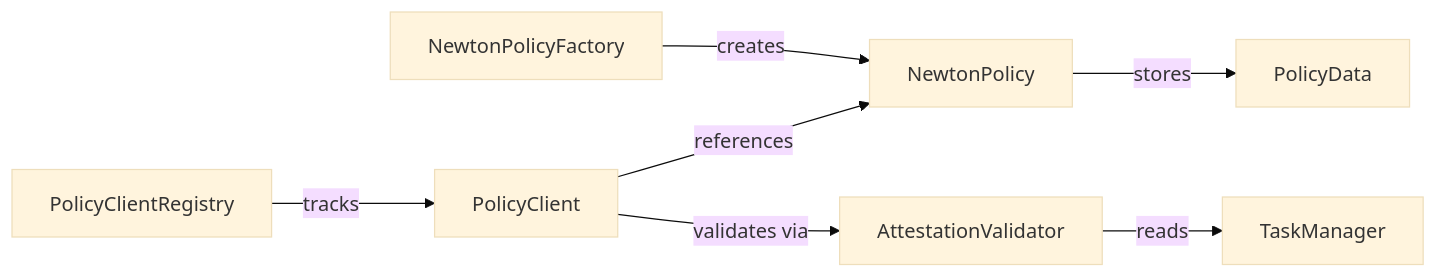
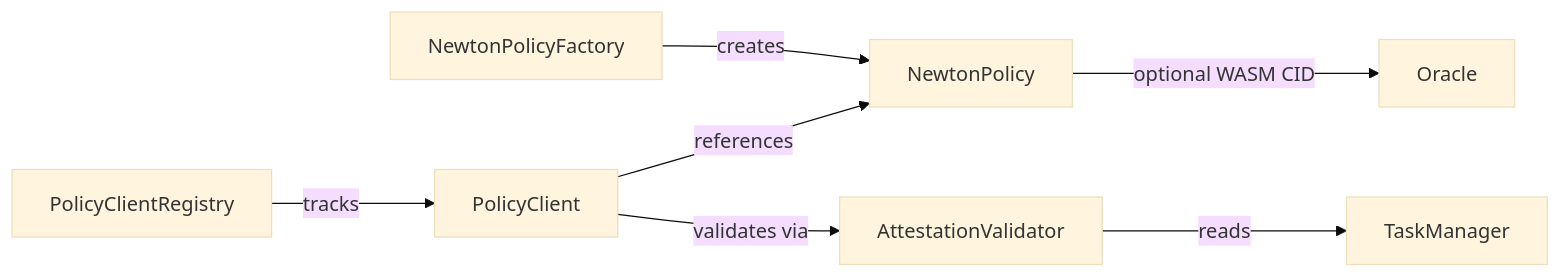
One commit to newt-foundation/newton-sdk changed the second of 2 diagrams in site/src/pages/developers/concepts/architecture.mdx. Above: the diagram before and after it, drawn with Mermaid (base theme). The commit also changed other lines of this file and 33 other files, not shown here.

````diff
--- a/site/src/pages/developers/concepts/architecture.mdx
+++ b/site/src/pages/developers/concepts/architecture.mdx
@@ -115,9 +115,9 @@
 ```mermaid
 flowchart LR
     Factory[NewtonPolicyFactory] -->|creates| Policy[NewtonPolicy]
-    Policy -->|stores| PD[PolicyData]
+    Policy -->|optional WASM CID| PD[Oracle]
     PC[PolicyClient] -->|references| Policy
     PC -->|validates via| AV[AttestationValidator]
     AV -->|reads| TM[TaskManager]
     PCR[PolicyClientRegistry] -->|tracks| PC
 ```
````
